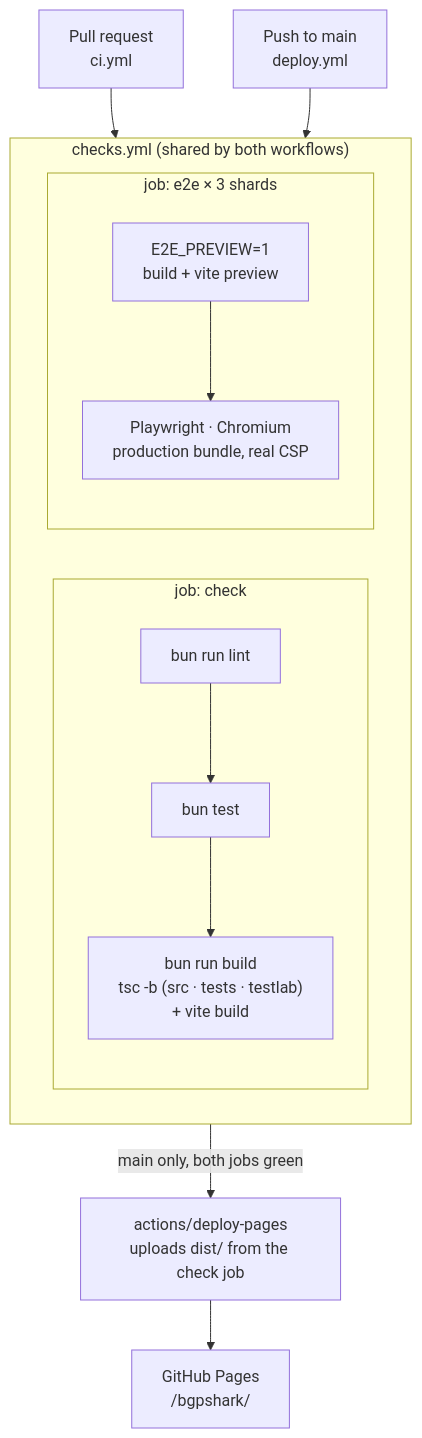
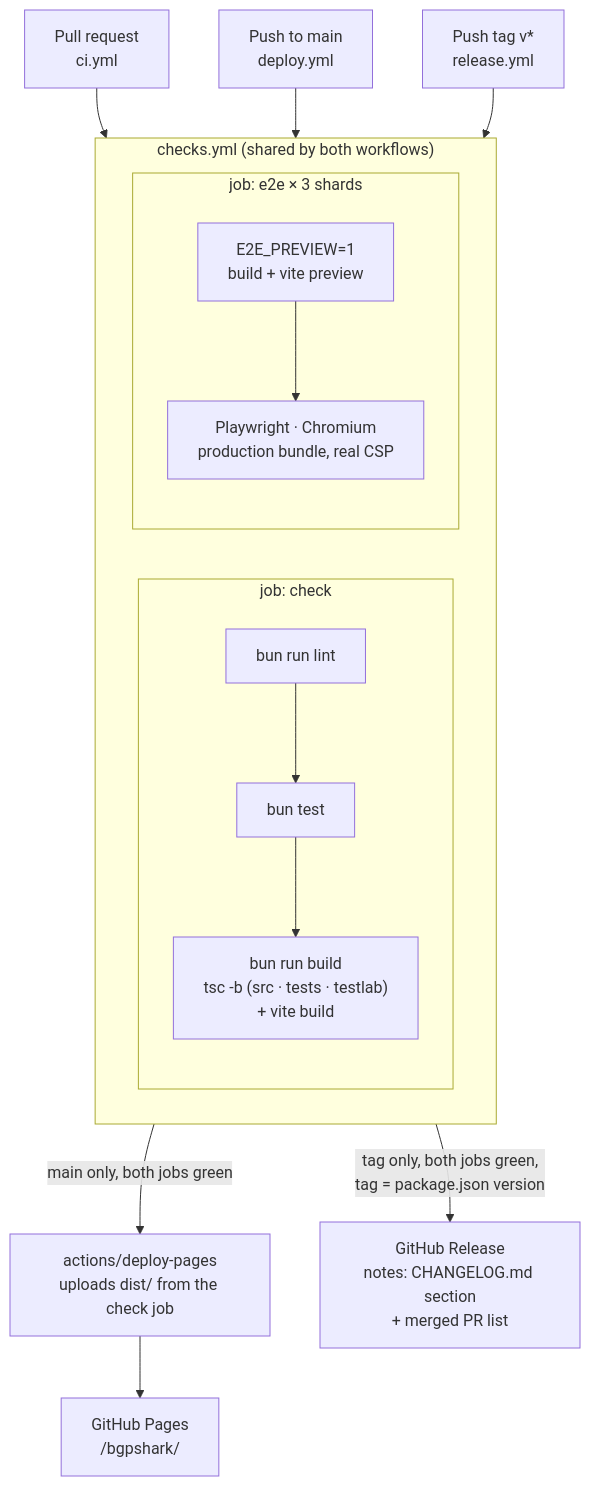
One commit to shmuto/bgpshark changed diagram 13 of 13 in docs/architecture.md. Above: the diagram before and after it, drawn with Mermaid. The commit also changed other lines of this file and 6 other files, not shown here.

First line of the commit message:
Publish a GitHub Release when a version tag is pushed

````diff
--- a/docs/architecture.md
+++ b/docs/architecture.md
@@ -504,20 +504,22 @@
 ```mermaid
 flowchart TB
     pr["Pull request<br/>ci.yml"] --> checks
     push["Push to main<br/>deploy.yml"] --> checks
+    tag["Push tag v*<br/>release.yml"] --> checks
 
     subgraph checks["checks.yml (shared by both workflows)"]
         direction LR
         subgraph job1["job: check"]
             direction TB
             lint["bun run lint"] --> unit["bun test"] --> build["bun run build<br/>tsc -b (src · tests · testlab)<br/>+ vite build"]
         end
         subgraph job2["job: e2e × 3 shards"]
             direction TB
             pbuild["E2E_PREVIEW=1<br/>build + vite preview"] --> pw["Playwright · Chromium<br/>production bundle, real CSP"]
         end
     end
 
     checks -- "main only, both jobs green" --> deploy["actions/deploy-pages<br/>uploads dist/ from the check job"]
     deploy --> gp["GitHub Pages<br/>/bgpshark/"]
+    checks -- "tag only, both jobs green,<br/>tag = package.json version" --> rel["GitHub Release<br/>notes: CHANGELOG.md section<br/>+ merged PR list"]
 ```
````
